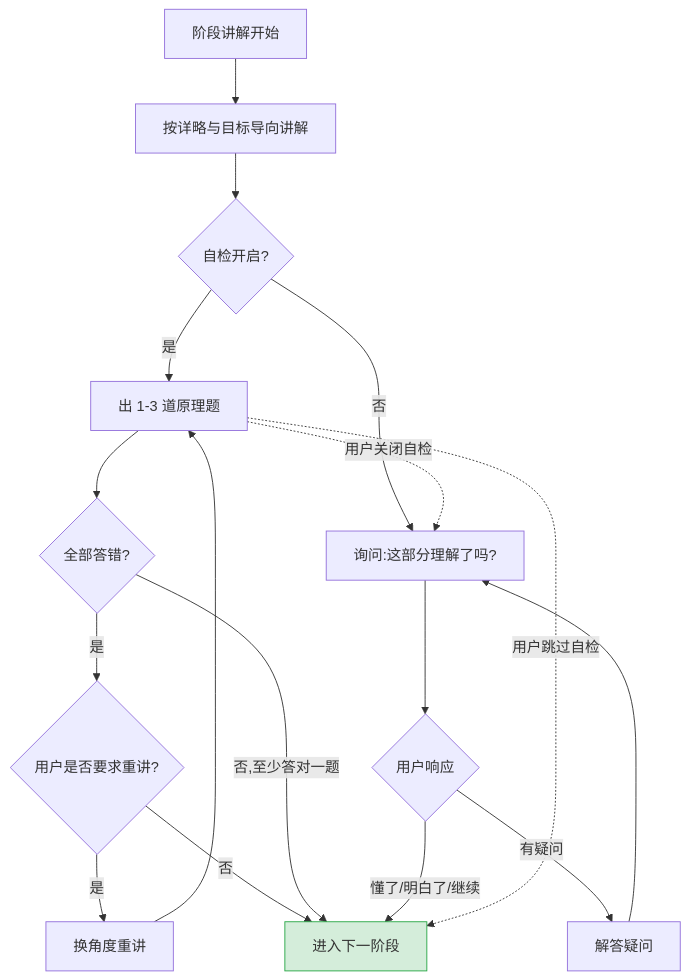
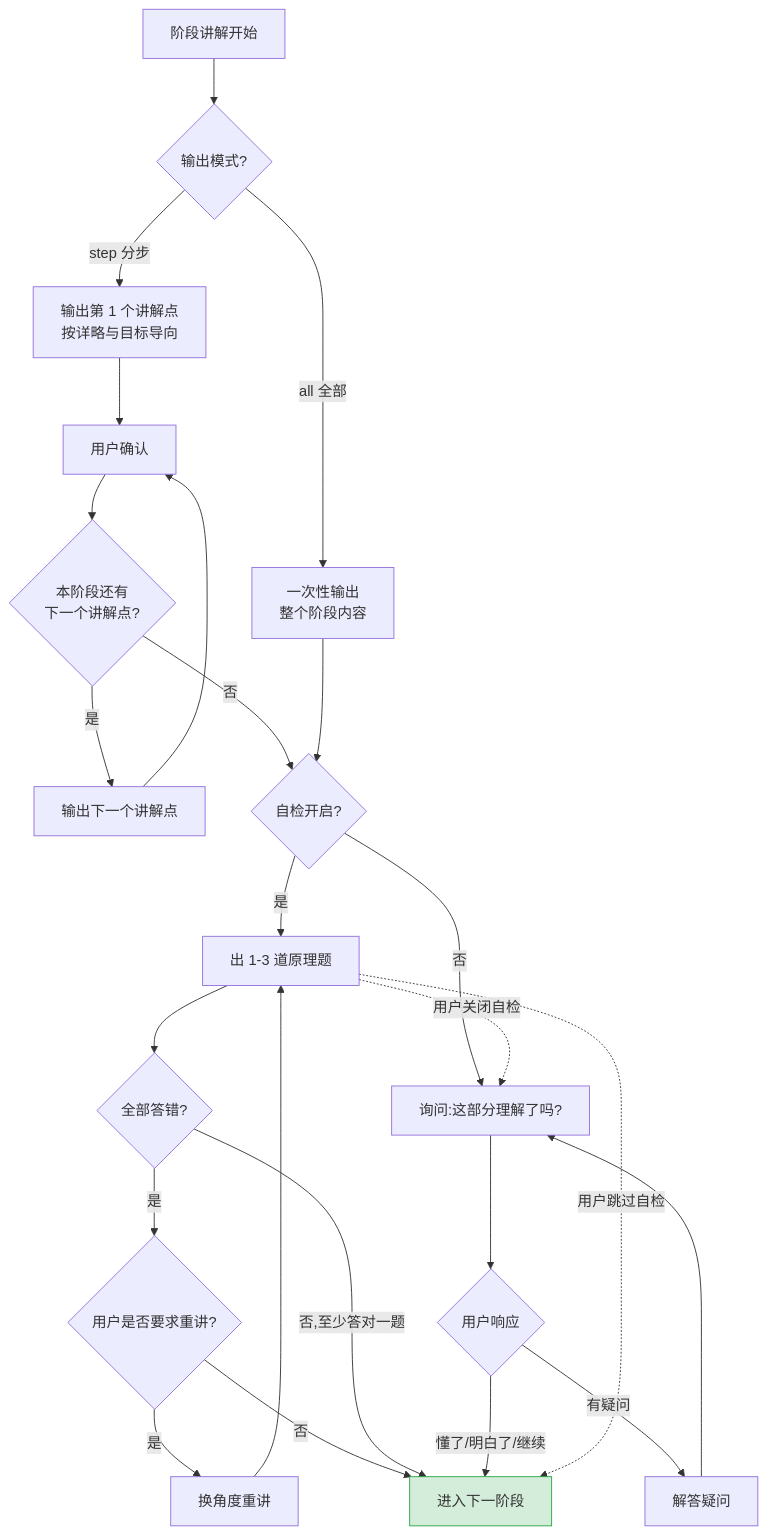
One commit to qh747/concept-learn changed the fifth of 9 diagrams in README.md. Above: the diagram before and after it, drawn with Mermaid. The commit also changed other lines of this file and 1 other file, not shown here.

````diff
--- a/README.md
+++ b/README.md
@@ -198,19 +205,26 @@
 ```mermaid
 flowchart TD
-    A[阶段讲解开始] --> B[按详略与目标导向讲解]
-    B --> C{自检开启?}
-    C -- 是 --> D[出 1-3 道原理题]
+    A[阶段讲解开始] --> OM{输出模式?}
+
+    OM -- step 分步 --> P1[输出第 1 个讲解点<br/>按详略与目标导向]
+    P1 --> P2[用户确认]
+    P2 --> P3{本阶段还有<br/>下一个讲解点?}
+    P3 -- 是 --> P4[输出下一个讲解点] --> P2
+    P3 -- 否 --> C
+    OM -- all 全部 --> P5[一次性输出<br/>整个阶段内容] --> C
+
+    C{自检开启?} -- 是 --> D[出 1-3 道原理题]
     D --> E{全部答错?}
     E -- 是 --> F{用户是否要求重讲?}
     F -- 是 --> G[换角度重讲] --> D
     F -- 否 --> H[进入下一阶段]
     E -- 否,至少答对一题 --> H
     C -- 否 --> I[询问:这部分理解了吗?]
     I --> J{用户响应}
     J -- 懂了/明白了/继续 --> H
     J -- 有疑问 --> K[解答疑问] --> I
     D -. 用户跳过自检 .-> H
     D -. 用户关闭自检 .-> I
 
     style H fill:#d4edda,stroke:#28a745
 ```
````
